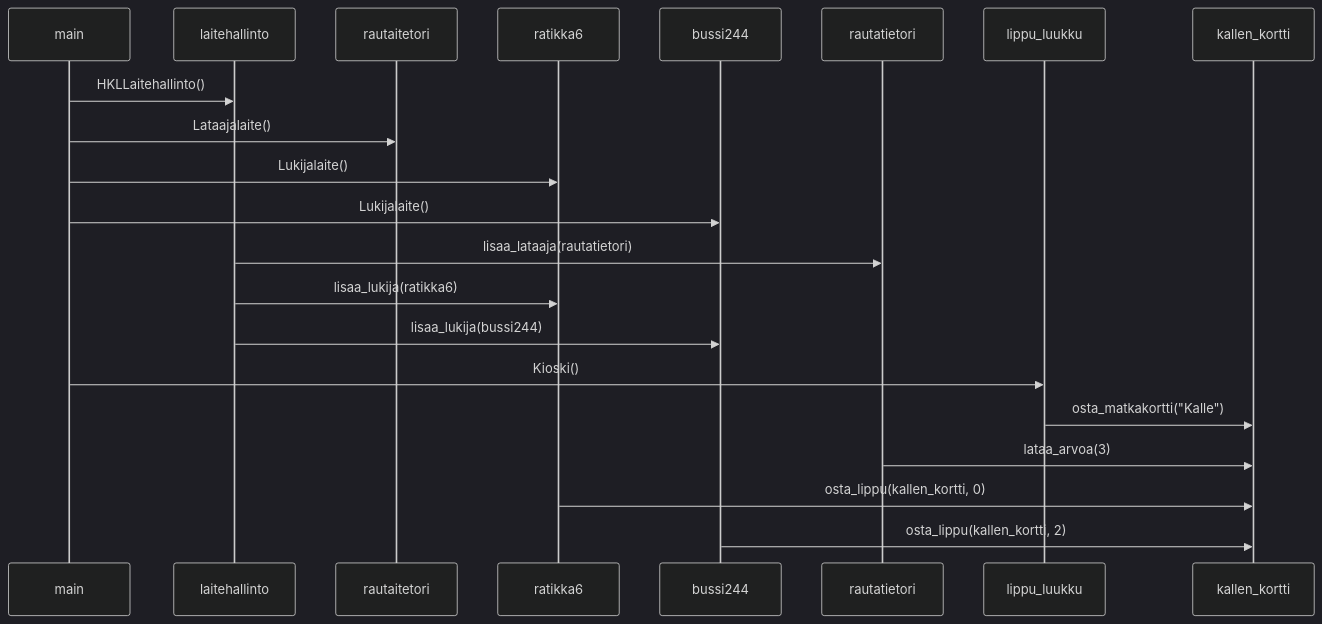
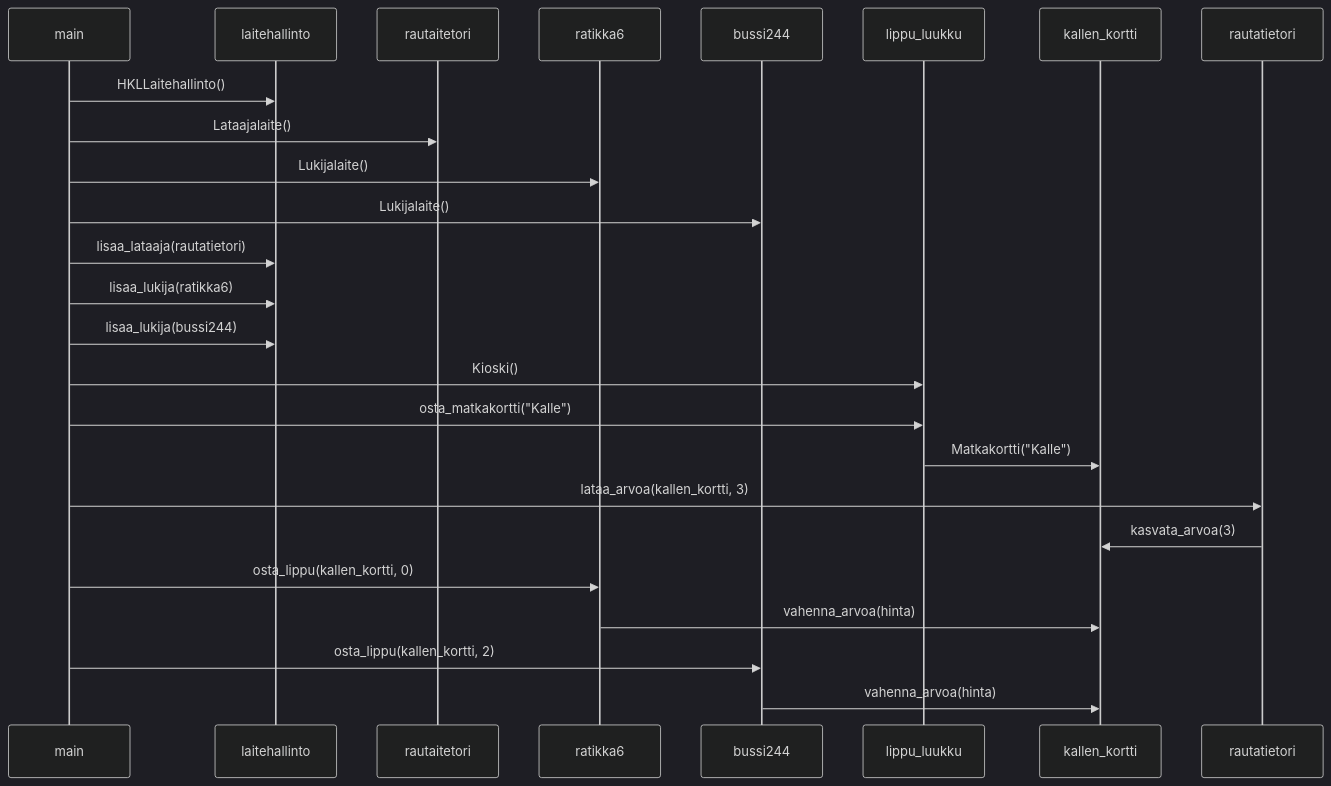
One commit to annica-henriette/ot-harjoitustyo changed the diagram in laskarit/viikko3/sekvenssikaavio.md. Above: the diagram before and after it, drawn with Mermaid (dark theme).

Commit message:
modified sequence diagram

````diff
--- a/laskarit/viikko3/sekvenssikaavio.md
+++ b/laskarit/viikko3/sekvenssikaavio.md
@@ -1,17 +1,21 @@
 ```mermaid
 sequenceDiagram
     participant main
     
     main->>laitehallinto: HKLLaitehallinto()
     main->>rautaitetori: Lataajalaite()
     main->>ratikka6: Lukijalaite()
     main->>bussi244: Lukijalaite()
-    laitehallinto->>rautatietori: lisaa_lataaja(rautatietori)
-    laitehallinto->>ratikka6: lisaa_lukija(ratikka6)
-    laitehallinto->>bussi244: lisaa_lukija(bussi244)
+    main->>laitehallinto: lisaa_lataaja(rautatietori)
+    main->>laitehallinto: lisaa_lukija(ratikka6)
+    main->>laitehallinto: lisaa_lukija(bussi244)
     main->>lippu_luukku: Kioski()
-    lippu_luukku->>kallen_kortti: osta_matkakortti("Kalle")
-    rautatietori->>kallen_kortti: lataa_arvoa(3)
-    ratikka6->>kallen_kortti: osta_lippu(kallen_kortti, 0)
-    bussi244->>kallen_kortti: osta_lippu(kallen_kortti, 2)
+    main->>lippu_luukku: osta_matkakortti("Kalle")
+    lippu_luukku->>kallen_kortti: Matkakortti("Kalle")
+    main->>rautatietori: lataa_arvoa(kallen_kortti, 3)
+    rautatietori->>kallen_kortti: kasvata_arvoa(3)
+    main->>ratikka6: osta_lippu(kallen_kortti, 0)
+    ratikka6->>kallen_kortti: vahenna_arvoa(hinta)
+    main->>bussi244: osta_lippu(kallen_kortti, 2)
+    bussi244->>kallen_kortti: vahenna_arvoa(hinta)
 ```
````
